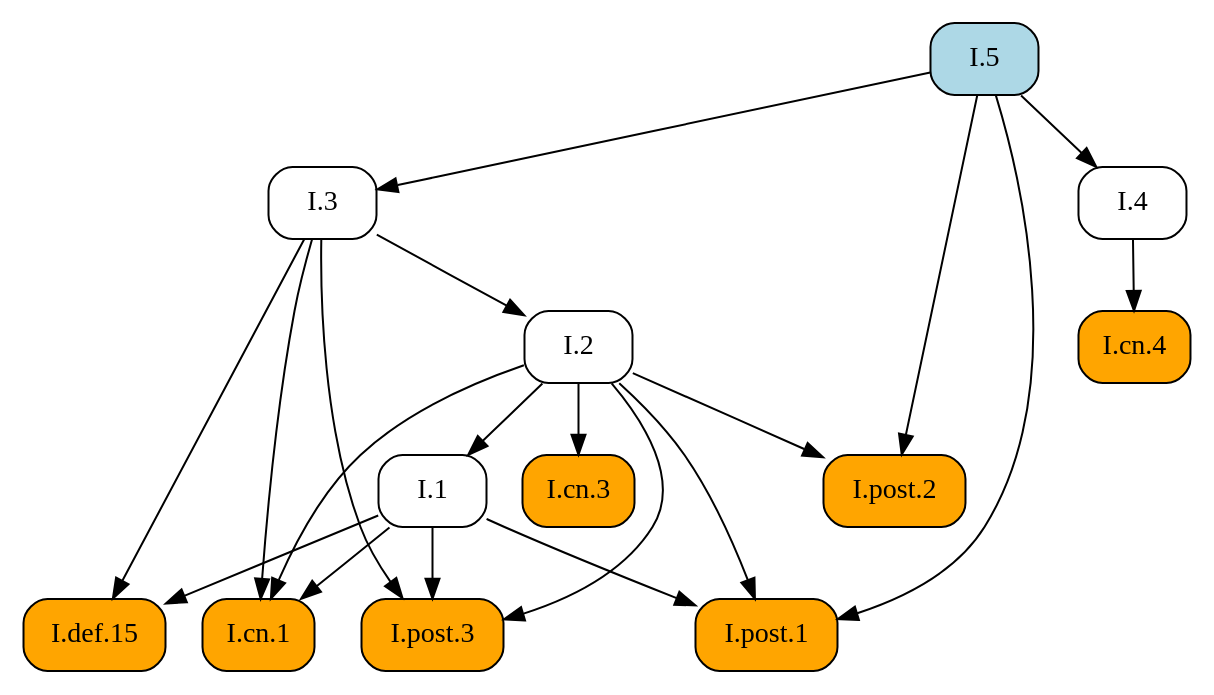
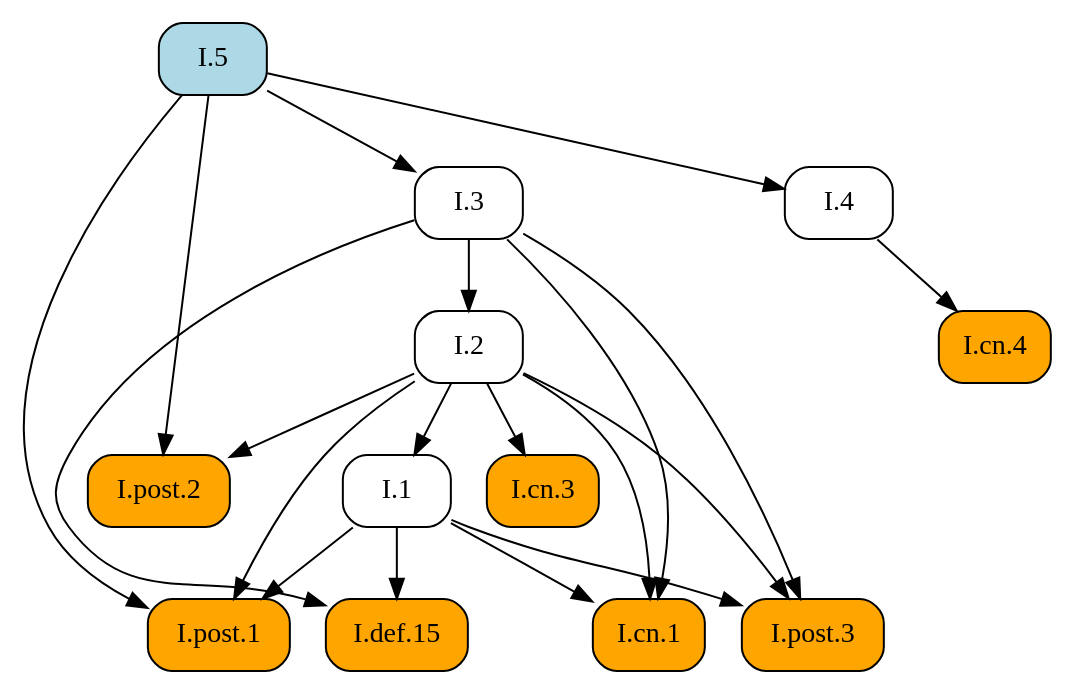
The diagram in docsrc/elements2/I/5/index.rst (geometor/elements), drawn with Graphviz before and after one commit. The commit also changed other lines of this file and 409 other files, not shown here.

First line of the commit message:
feat: Add image cropping and graphic extraction script

```diff
--- a/docsrc/elements2/I/5/index.rst
+++ b/docsrc/elements2/I/5/index.rst
@@ -118,37 +118,37 @@
 .. graphviz::
 
    digraph {
      rankdir="TB";
      node [shape=box, style=rounded];
+     "I.def.15" [style="rounded,filled", fillcolor=orange, URL="/elements2/I/def.15/", target="_top"];
+     "I.post.1" [style="rounded,filled", fillcolor=orange, URL="/elements2/I/post.1/", target="_top"];
      "I.2" [URL="/elements2/I/2/", target="_top"];
+     "I.post.3" [style="rounded,filled", fillcolor=orange, URL="/elements2/I/post.3/", target="_top"];
+     "I.5" [style="rounded,filled", fillcolor=lightblue, URL="/elements2/I/5/", target="_top"];
+     "I.3" [URL="/elements2/I/3/", target="_top"];
+     "I.cn.4" [style="rounded,filled", fillcolor=orange, URL="/elements2/I/cn.4/", target="_top"];
      "I.1" [URL="/elements2/I/1/", target="_top"];
-     "I.cn.4" [style="rounded,filled", fillcolor=orange, URL="/elements2/I/cn.4/", target="_top"];
+     "I.cn.1" [style="rounded,filled", fillcolor=orange, URL="/elements2/I/cn.1/", target="_top"];
+     "I.4" [URL="/elements2/I/4/", target="_top"];
+     "I.post.2" [style="rounded,filled", fillcolor=orange, URL="/elements2/I/post.2/", target="_top"];
      "I.cn.3" [style="rounded,filled", fillcolor=orange, URL="/elements2/I/cn.3/", target="_top"];
-     "I.def.15" [style="rounded,filled", fillcolor=orange, URL="/elements2/I/def.15/", target="_top"];
-     "I.4" [URL="/elements2/I/4/", target="_top"];
-     "I.post.1" [style="rounded,filled", fillcolor=orange, URL="/elements2/I/post.1/", target="_top"];
-     "I.post.2" [style="rounded,filled", fillcolor=orange, URL="/elements2/I/post.2/", target="_top"];
-     "I.3" [URL="/elements2/I/3/", target="_top"];
-     "I.5" [style="rounded,filled", fillcolor=lightblue, URL="/elements2/I/5/", target="_top"];
-     "I.cn.1" [style="rounded,filled", fillcolor=orange, URL="/elements2/I/cn.1/", target="_top"];
-     "I.post.3" [style="rounded,filled", fillcolor=orange, URL="/elements2/I/post.3/", target="_top"];
-     "I.3" -> "I.2";
-     "I.2" -> "I.1";
-     "I.4" -> "I.cn.4";
-     "I.2" -> "I.cn.3";
      "I.1" -> "I.def.15";
      "I.3" -> "I.def.15";
-     "I.5" -> "I.4";
      "I.1" -> "I.post.1";
      "I.2" -> "I.post.1";
      "I.5" -> "I.post.1";
-     "I.2" -> "I.post.2";
-     "I.5" -> "I.post.2";
+     "I.3" -> "I.2";
+     "I.1" -> "I.post.3";
+     "I.2" -> "I.post.3";
+     "I.3" -> "I.post.3";
      "I.5" -> "I.3";
+     "I.4" -> "I.cn.4";
+     "I.2" -> "I.1";
      "I.1" -> "I.cn.1";
      "I.2" -> "I.cn.1";
      "I.3" -> "I.cn.1";
-     "I.1" -> "I.post.3";
-     "I.2" -> "I.post.3";
-     "I.3" -> "I.post.3";
+     "I.5" -> "I.4";
+     "I.2" -> "I.post.2";
+     "I.5" -> "I.post.2";
+     "I.2" -> "I.cn.3";
    }
```
